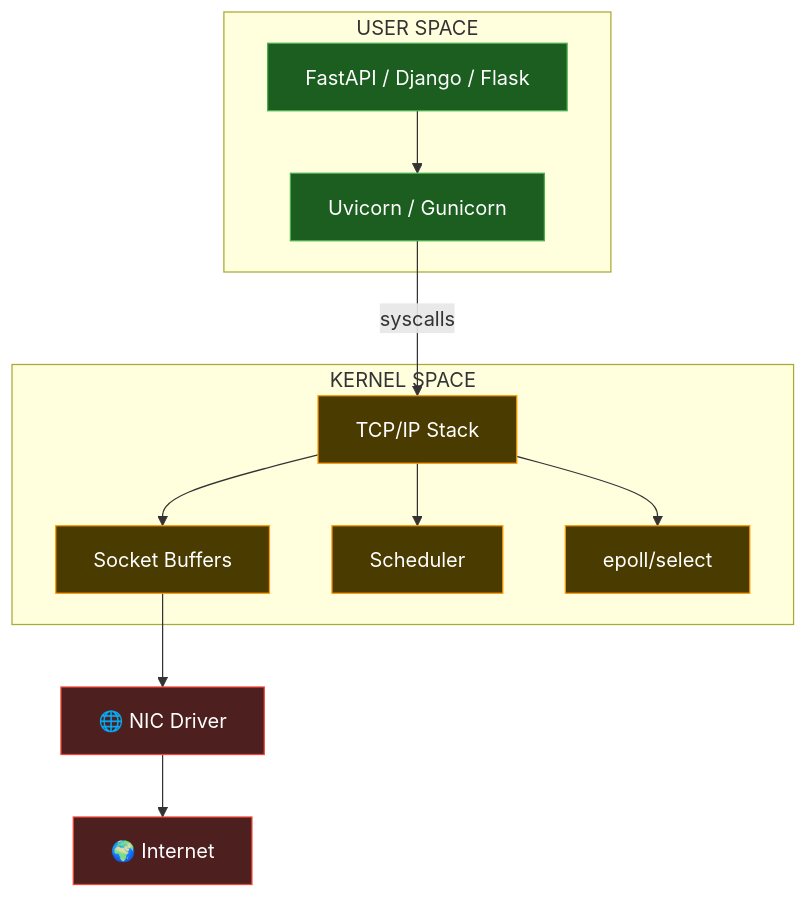
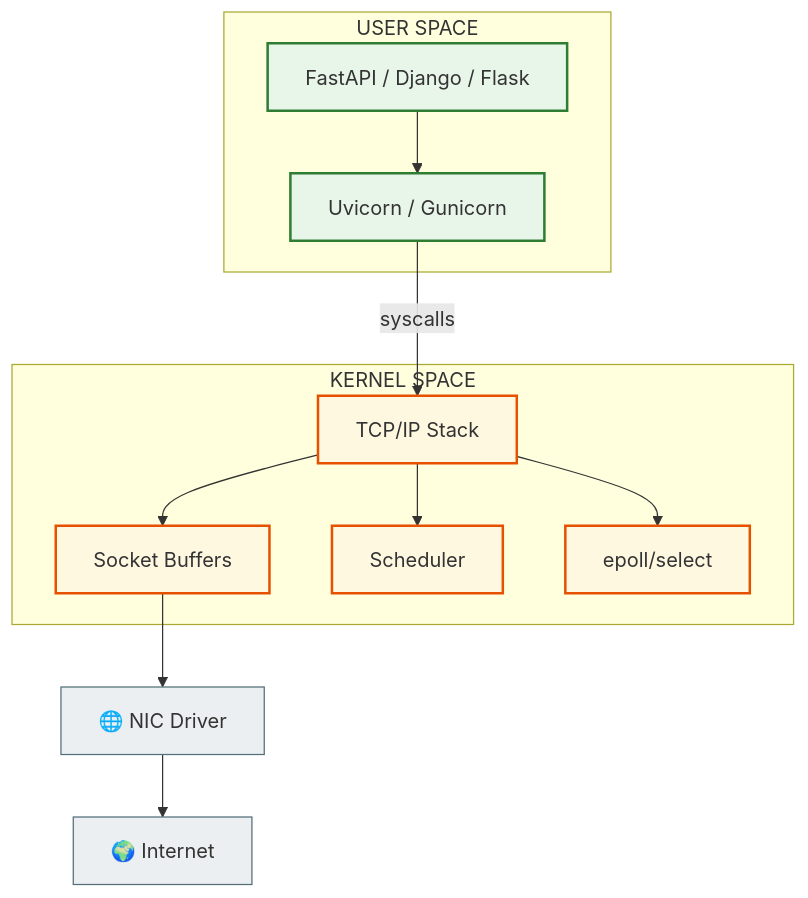
Before and after one commit to NikoriakViktot/notes_chat_app: the third of 9 diagrams in docs/01_web_foundations/server.md, drawn with Mermaid. The commit also changed other lines of this file and 441 other files, not shown here.

First line of the commit message:
Add English version of the book, Mermaid standard, docs fixes

````diff
--- a/docs/01_web_foundations/server.md
+++ b/docs/01_web_foundations/server.md
@@ -491,36 +498,39 @@
 ```mermaid
 flowchart TB
 
-    classDef user fill:#263238,stroke:#90a4ae,color:#fff
-    classDef app fill:#1b5e20,stroke:#4CAF50,color:#fff
-    classDef kernel fill:#4a3b00,stroke:#ff9800,color:#fff
-    classDef hardware fill:#4e1f1f,stroke:#f44336,color:#fff
-
     subgraph USER["USER SPACE"]
-        App["FastAPI / Django / Flask"]:::app
-        Server["Uvicorn / Gunicorn"]:::app
+        App["FastAPI / Django / Flask"]
+        Server["Uvicorn / Gunicorn"]
     end
 
     subgraph KERNEL["KERNEL SPACE"]
-        TCP["TCP/IP Stack"]:::kernel
-        Buffers["Socket Buffers"]:::kernel
-        Scheduler["Scheduler"]:::kernel
-        Epoll["epoll/select"]:::kernel
+        TCP["TCP/IP Stack"]
+        Buffers["Socket Buffers"]
+        Scheduler["Scheduler"]
+        Epoll["epoll/select"]
     end
 
-    NIC["🌐 NIC Driver"]:::hardware
+    NIC["🌐 NIC Driver"]
 
-    Internet["🌍 Internet"]:::hardware
+    Internet["🌍 Internet"]
 
     App --> Server
 
     Server -->|"syscalls"| TCP
 
     TCP --> Buffers
     TCP --> Scheduler
     TCP --> Epoll
 
     Buffers --> NIC
 
     NIC --> Internet
+
+    classDef step     fill:#eceff1,stroke:#546e7a,stroke-width:1px;
+    classDef success  fill:#e8f5e9,stroke:#2e7d32,stroke-width:2px;
+    classDef warning  fill:#fff8e1,stroke:#e65100,stroke-width:2px;
+
+    class App,Server success;
+    class TCP,Buffers,Scheduler,Epoll warning;
+    class NIC,Internet step;
 ```
````
